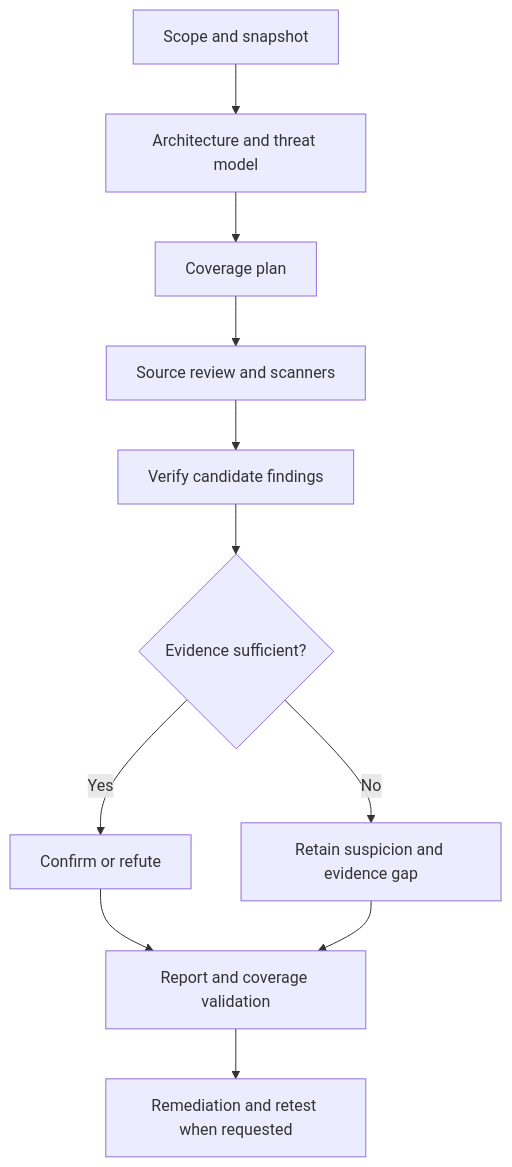
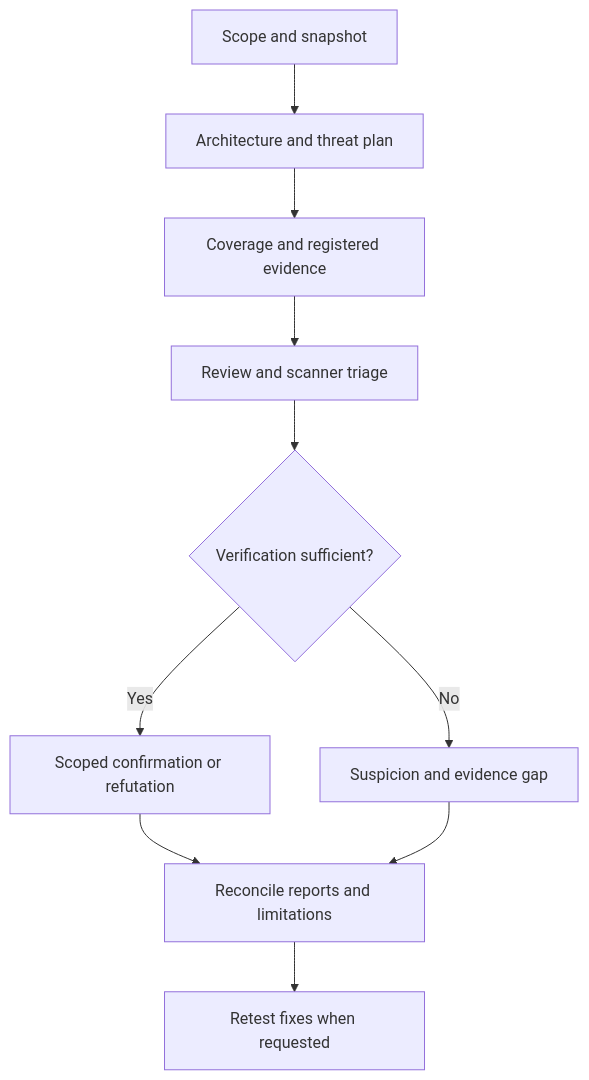
Before and after one commit to ptrkdev90/security-audit-kit: the diagram in README.md, drawn with Mermaid. The commit also changed other lines of this file and 9 other files, not shown here.

````diff
--- a/README.md
+++ b/README.md
@@ -167,13 +138,12 @@
 ```mermaid
 flowchart TD
-    A["Scope and snapshot"] --> B["Architecture and threat model"]
-    B --> C["Coverage plan"]
-    C --> D["Source review and scanners"]
-    D --> E["Verify candidate findings"]
-    E --> F{"Evidence sufficient?"}
-    F -->|Yes| G["Confirm or refute"]
-    F -->|No| H["Retain suspicion and evidence gap"]
-    G --> I["Report and coverage validation"]
-    H --> I
-    I --> J["Remediation and retest when requested"]
+    A["Scope and snapshot"] --> B["Architecture and threat plan"]
+    B --> C["Coverage and registered evidence"]
+    C --> D["Review and scanner triage"]
+    D --> E{"Verification sufficient?"}
+    E -->|Yes| F["Scoped confirmation or refutation"]
+    E -->|No| G["Suspicion and evidence gap"]
+    F --> H["Reconcile reports and limitations"]
+    G --> H
+    H --> I["Retest fixes when requested"]
 ```
````
